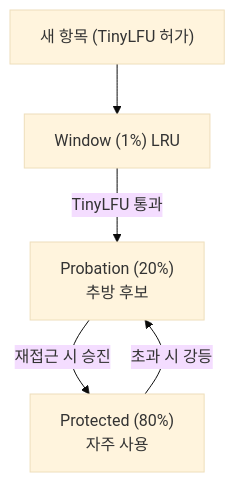
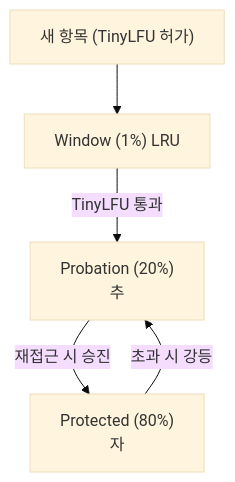
Before and after one commit to yjkim2015/yjkim2015.github.io: the third of 4 diagrams in _posts/localcache/2026-05-01-local-cache-comparison.md, drawn with Mermaid (base theme). The commit also changed other lines of this file and 271 other files, not shown here.

First line of the commit message:
Mermaid 라벨 축소: 긴 노드 텍스트 18자 이하로 트림 + \n 제거

````diff
--- a/_posts/localcache/2026-05-01-local-cache-comparison.md
+++ b/_posts/localcache/2026-05-01-local-cache-comparison.md
@@ -217,7 +217,7 @@
 ```mermaid
 graph TD
     NEW["새 항목 (TinyLFU 허가)"] --> WC["Window (1%) LRU"]
-    WC -->|TinyLFU 통과| PROB["Probation (20%)\n추방 후보"]
-    PROB -->|재접근 시 승진| PROT["Protected (80%)\n자주 사용"]
+    WC -->|TinyLFU 통과| PROB["Probation (20%)\n추"]
+    PROB -->|재접근 시 승진| PROT["Protected (80%)\n자"]
     PROT -->|초과 시 강등| PROB
 ```
````
